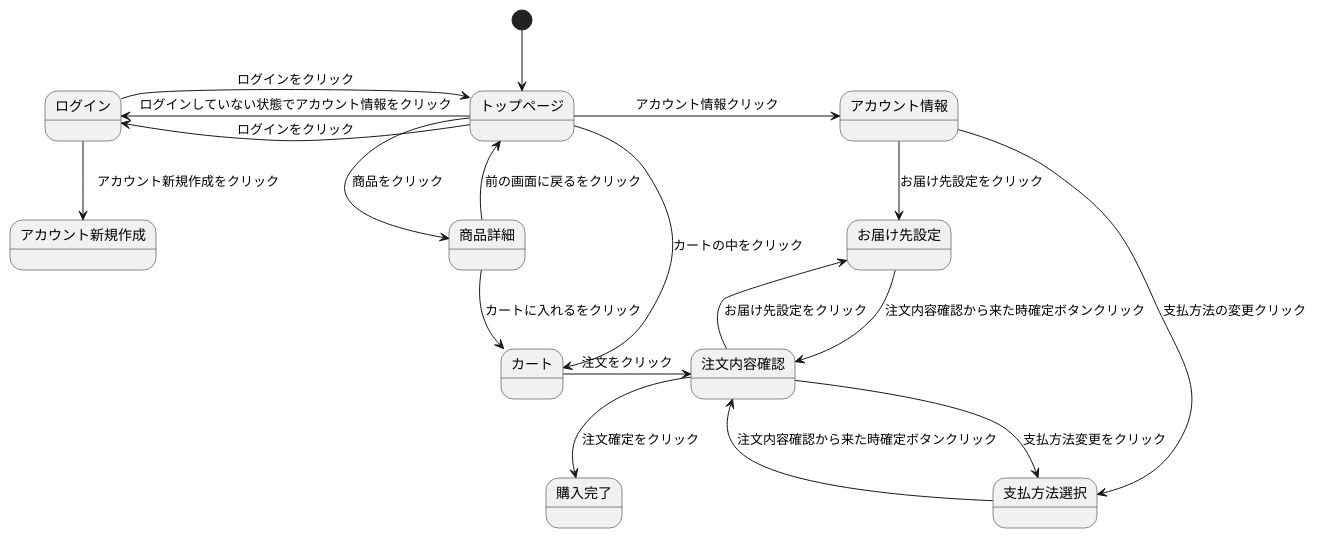
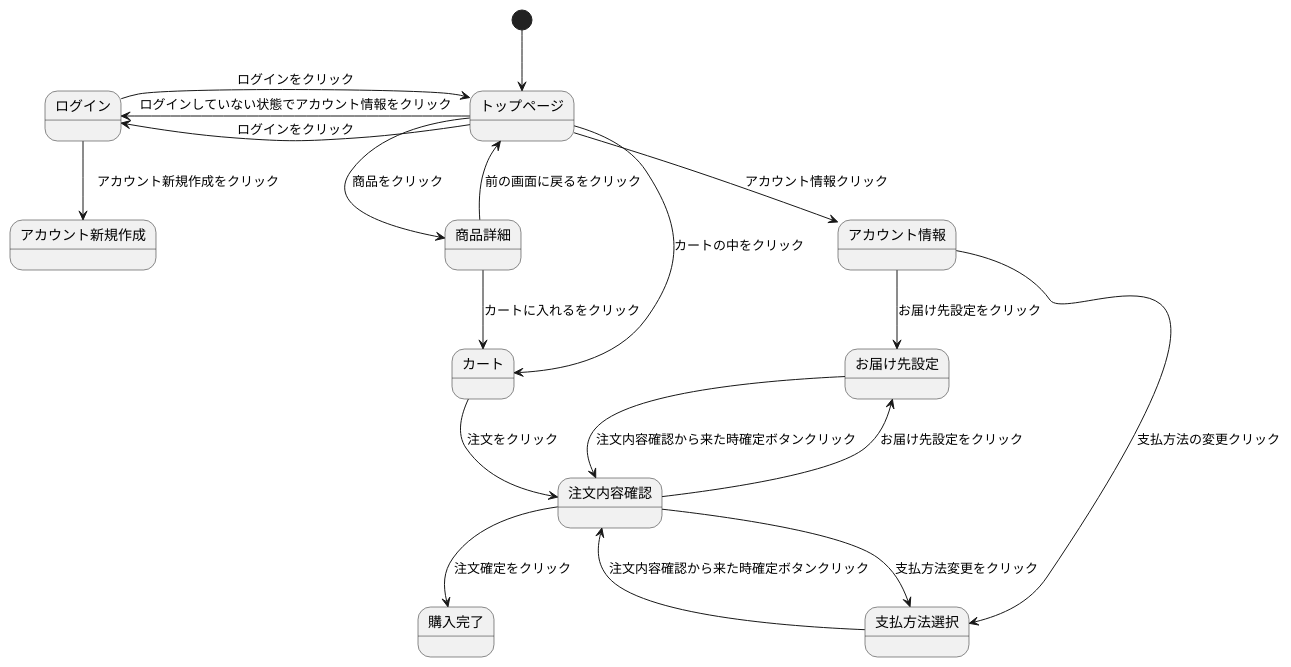
The diagram in sumple_01.md (Aso2001133/2021sys-design), drawn with PlantUML before and after one commit.

````diff
--- a/sumple_01.md
+++ b/sumple_01.md
@@ -1,39 +1,39 @@
 ```uml
 @startuml
 [*] --> トップページ 
 
 トップページ -> アカウント情報 : アカウント情報クリック 
 
 トップページ -left-> ログイン : ログインをクリック
 
 トップページ -left-> ログイン : ログインしていない状態でアカウント情報をクリック
 
 トップページ --> 商品詳細 : 商品をクリック 
 
 トップページ ---> カート : カートの中をクリック 
 
 ログイン -> トップページ : ログインをクリック
 
 ログイン --> アカウント新規作成 :　アカウント新規作成をクリック
 
 アカウント情報 --> 支払方法選択 : 支払方法の変更クリック
 
 アカウント情報 --> お届け先設定 : お届け先設定をクリック 
 
 お届け先設定 --> 注文内容確認  : 注文内容確認から来た時確定ボタンクリック
 
 支払方法選択 --> 注文内容確認  : 注文内容確認から来た時確定ボタンクリック
 
 商品詳細 --> カート : カートに入れるをクリック 
 
 商品詳細 --> トップページ : 前の画面に戻るをクリック 
 
-カート -> 注文内容確認 : 注文をクリック 
+カート --> 注文内容確認 : 注文をクリック 
 
 注文内容確認 -> 支払方法選択 : 支払方法変更をクリック 
 
 注文内容確認 -> お届け先設定 : お届け先設定をクリック 
 
 注文内容確認 --> 購入完了 : 注文確定をクリック 
 @enduml
 ```
````
